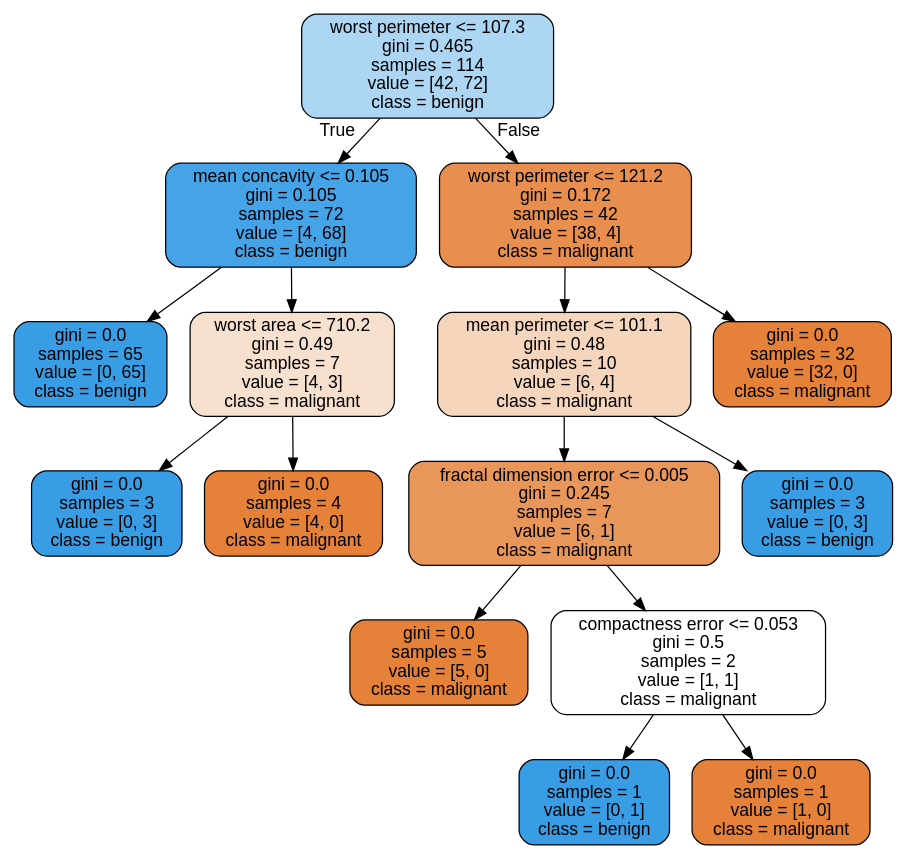
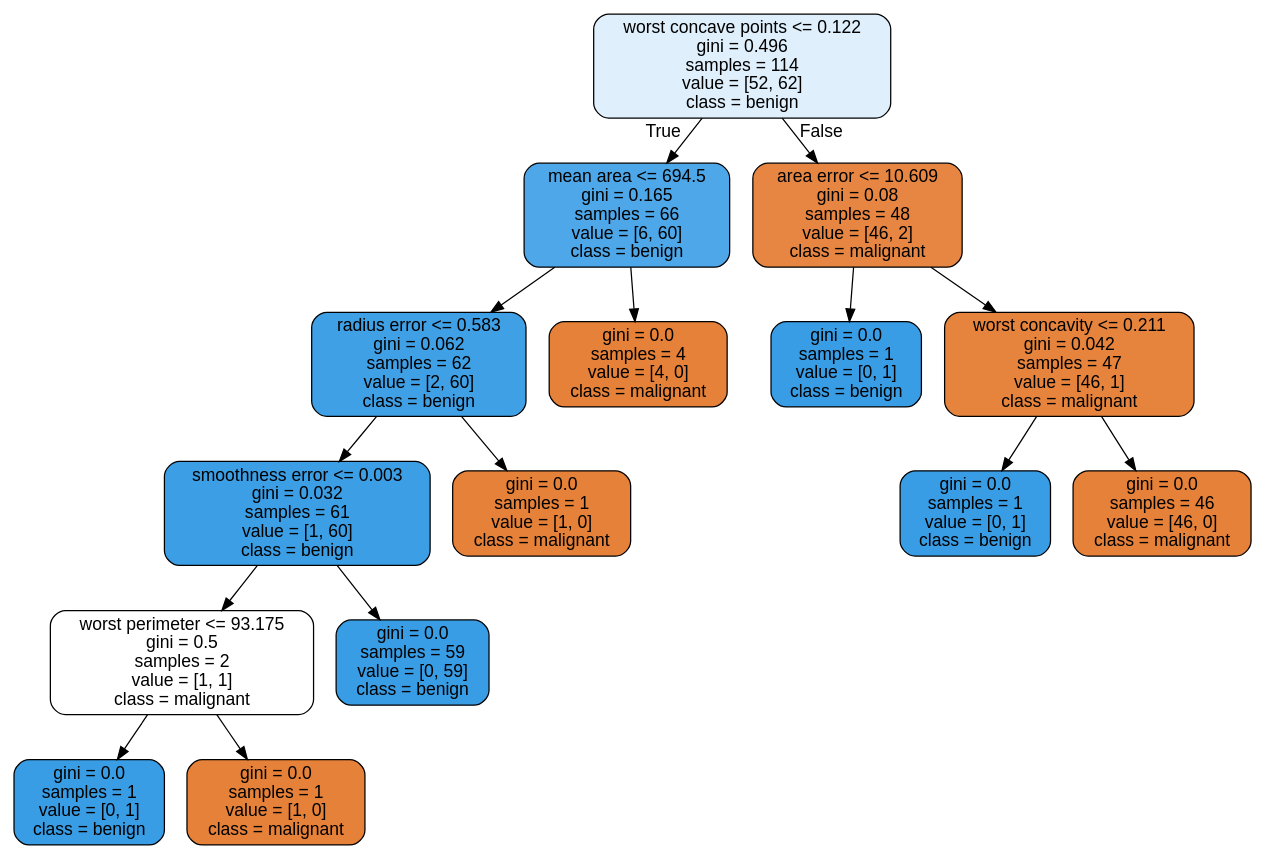
One commit to JoseDeJesusMendozaBecerril/Practica4_MineriaDeDatos changed the diagram in images/decision_trees/cancer_tree_test.dot. Above: the diagram before and after it, drawn with Graphviz. The commit also changed 8 other files, not shown here.

```diff
--- a/images/decision_trees/cancer_tree_test.dot
+++ b/images/decision_trees/cancer_tree_test.dot
@@ -1,33 +1,33 @@
 digraph Tree {
 node [shape=box, style="filled, rounded", color="black", fontname=helvetica] ;
 edge [fontname=helvetica] ;
-0 [label="worst perimeter <= 107.3\ngini = 0.465\nsamples = 114\nvalue = [42, 72]\nclass = benign", fillcolor="#acd6f4"] ;
-1 [label="mean concavity <= 0.105\ngini = 0.105\nsamples = 72\nvalue = [4, 68]\nclass = benign", fillcolor="#45a3e7"] ;
+0 [label="worst concave points <= 0.122\ngini = 0.496\nsamples = 114\nvalue = [52, 62]\nclass = benign", fillcolor="#dfeffb"] ;
+1 [label="mean area <= 694.5\ngini = 0.165\nsamples = 66\nvalue = [6, 60]\nclass = benign", fillcolor="#4da7e8"] ;
 0 -> 1 [labeldistance=2.5, labelangle=45, headlabel="True"] ;
-2 [label="gini = 0.0\nsamples = 65\nvalue = [0, 65]\nclass = benign", fillcolor="#399de5"] ;
+2 [label="radius error <= 0.583\ngini = 0.062\nsamples = 62\nvalue = [2, 60]\nclass = benign", fillcolor="#40a0e6"] ;
 1 -> 2 ;
-3 [label="worst area <= 710.2\ngini = 0.49\nsamples = 7\nvalue = [4, 3]\nclass = malignant", fillcolor="#f8e0ce"] ;
-1 -> 3 ;
-4 [label="gini = 0.0\nsamples = 3\nvalue = [0, 3]\nclass = benign", fillcolor="#399de5"] ;
+3 [label="smoothness error <= 0.003\ngini = 0.032\nsamples = 61\nvalue = [1, 60]\nclass = benign", fillcolor="#3c9fe5"] ;
+2 -> 3 ;
+4 [label="worst perimeter <= 93.175\ngini = 0.5\nsamples = 2\nvalue = [1, 1]\nclass = malignant", fillcolor="#ffffff"] ;
 3 -> 4 ;
-5 [label="gini = 0.0\nsamples = 4\nvalue = [4, 0]\nclass = malignant", fillcolor="#e58139"] ;
-3 -> 5 ;
-6 [label="worst perimeter <= 121.2\ngini = 0.172\nsamples = 42\nvalue = [38, 4]\nclass = malignant", fillcolor="#e88e4e"] ;
-0 -> 6 [labeldistance=2.5, labelangle=-45, headlabel="False"] ;
-7 [label="mean perimeter <= 101.1\ngini = 0.48\nsamples = 10\nvalue = [6, 4]\nclass = malignant", fillcolor="#f6d5bd"] ;
-6 -> 7 ;
-8 [label="fractal dimension error <= 0.005\ngini = 0.245\nsamples = 7\nvalue = [6, 1]\nclass = malignant", fillcolor="#e9965a"] ;
-7 -> 8 ;
-9 [label="gini = 0.0\nsamples = 5\nvalue = [5, 0]\nclass = malignant", fillcolor="#e58139"] ;
-8 -> 9 ;
-10 [label="compactness error <= 0.053\ngini = 0.5\nsamples = 2\nvalue = [1, 1]\nclass = malignant", fillcolor="#ffffff"] ;
-8 -> 10 ;
+5 [label="gini = 0.0\nsamples = 1\nvalue = [0, 1]\nclass = benign", fillcolor="#399de5"] ;
+4 -> 5 ;
+6 [label="gini = 0.0\nsamples = 1\nvalue = [1, 0]\nclass = malignant", fillcolor="#e58139"] ;
+4 -> 6 ;
+7 [label="gini = 0.0\nsamples = 59\nvalue = [0, 59]\nclass = benign", fillcolor="#399de5"] ;
+3 -> 7 ;
+8 [label="gini = 0.0\nsamples = 1\nvalue = [1, 0]\nclass = malignant", fillcolor="#e58139"] ;
+2 -> 8 ;
+9 [label="gini = 0.0\nsamples = 4\nvalue = [4, 0]\nclass = malignant", fillcolor="#e58139"] ;
+1 -> 9 ;
+10 [label="area error <= 10.609\ngini = 0.08\nsamples = 48\nvalue = [46, 2]\nclass = malignant", fillcolor="#e68642"] ;
+0 -> 10 [labeldistance=2.5, labelangle=-45, headlabel="False"] ;
 11 [label="gini = 0.0\nsamples = 1\nvalue = [0, 1]\nclass = benign", fillcolor="#399de5"] ;
 10 -> 11 ;
-12 [label="gini = 0.0\nsamples = 1\nvalue = [1, 0]\nclass = malignant", fillcolor="#e58139"] ;
+12 [label="worst concavity <= 0.211\ngini = 0.042\nsamples = 47\nvalue = [46, 1]\nclass = malignant", fillcolor="#e6843d"] ;
 10 -> 12 ;
-13 [label="gini = 0.0\nsamples = 3\nvalue = [0, 3]\nclass = benign", fillcolor="#399de5"] ;
-7 -> 13 ;
-14 [label="gini = 0.0\nsamples = 32\nvalue = [32, 0]\nclass = malignant", fillcolor="#e58139"] ;
-6 -> 14 ;
+13 [label="gini = 0.0\nsamples = 1\nvalue = [0, 1]\nclass = benign", fillcolor="#399de5"] ;
+12 -> 13 ;
+14 [label="gini = 0.0\nsamples = 46\nvalue = [46, 0]\nclass = malignant", fillcolor="#e58139"] ;
+12 -> 14 ;
 }
```
